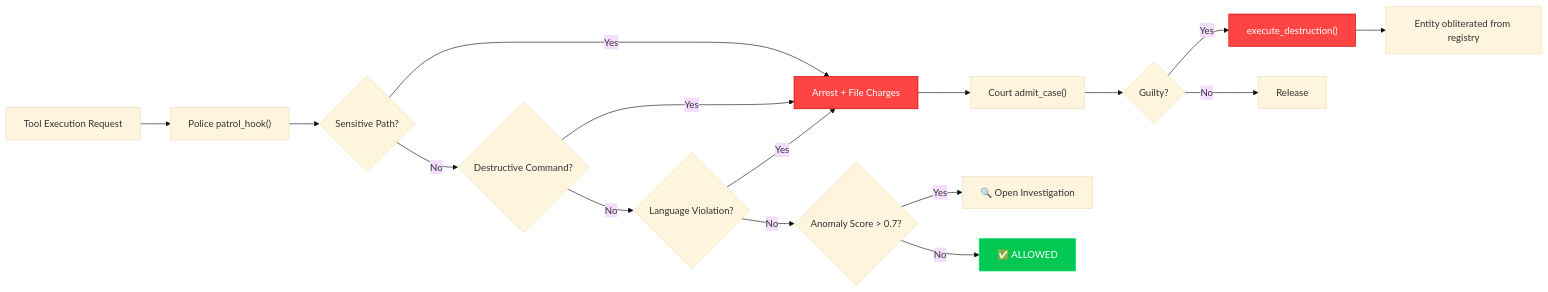
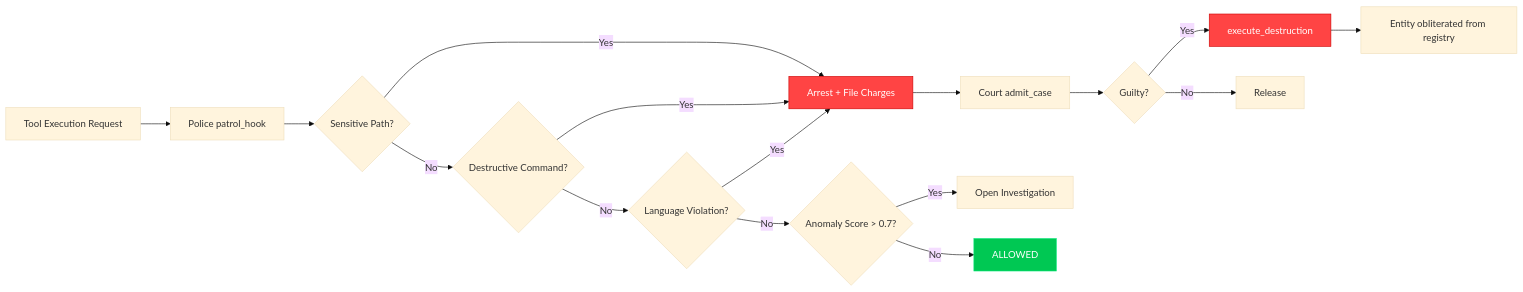
One commit to boopathygamer/astra-agent changed the third of 9 diagrams in README.md. Above: the diagram before and after it, drawn with Mermaid (base theme). The commit also changed other lines of this file, not shown here.

Commit message:
docs: improve structure and fix tool counts

````diff
--- a/README.md
+++ b/README.md
@@ -289,23 +299,23 @@
 ```mermaid
 flowchart LR
-    A["Tool Execution Request"] --> B["Police patrol_hook()"]
+    A["Tool Execution Request"] --> B["Police patrol_hook"]
     B --> C{"Sensitive Path?"}
-    C -->|"Yes"| D["Arrest + File Charges"]
-    C -->|"No"| E{"Destructive Command?"}
-    E -->|"Yes"| D
-    E -->|"No"| F{"Language Violation?"}
-    F -->|"Yes"| D
-    F -->|"No"| G{"Anomaly Score > 0.7?"}
-    G -->|"Yes"| H["🔍 Open Investigation"]
-    G -->|"No"| I["✅ ALLOWED"]
+    C -->|Yes| D["Arrest + File Charges"]
+    C -->|No| E{"Destructive Command?"}
+    E -->|Yes| D
+    E -->|No| F{"Language Violation?"}
+    F -->|Yes| D
+    F -->|No| G{"Anomaly Score > 0.7?"}
+    G -->|Yes| H["Open Investigation"]
+    G -->|No| I["ALLOWED"]
 
-    D --> J["Court admit_case()"]
+    D --> J["Court admit_case"]
     J --> K{"Guilty?"}
-    K -->|"Yes"| L["execute_destruction()"]
-    K -->|"No"| M["Release"]
+    K -->|Yes| L["execute_destruction"]
+    K -->|No| M["Release"]
     L --> N["Entity obliterated from registry"]
 
     style D fill:#ff4444,stroke:#cc0000,color:#fff
     style L fill:#ff4444,stroke:#cc0000,color:#fff
     style I fill:#00c853,stroke:#00e676,color:#fff
 ```
````
